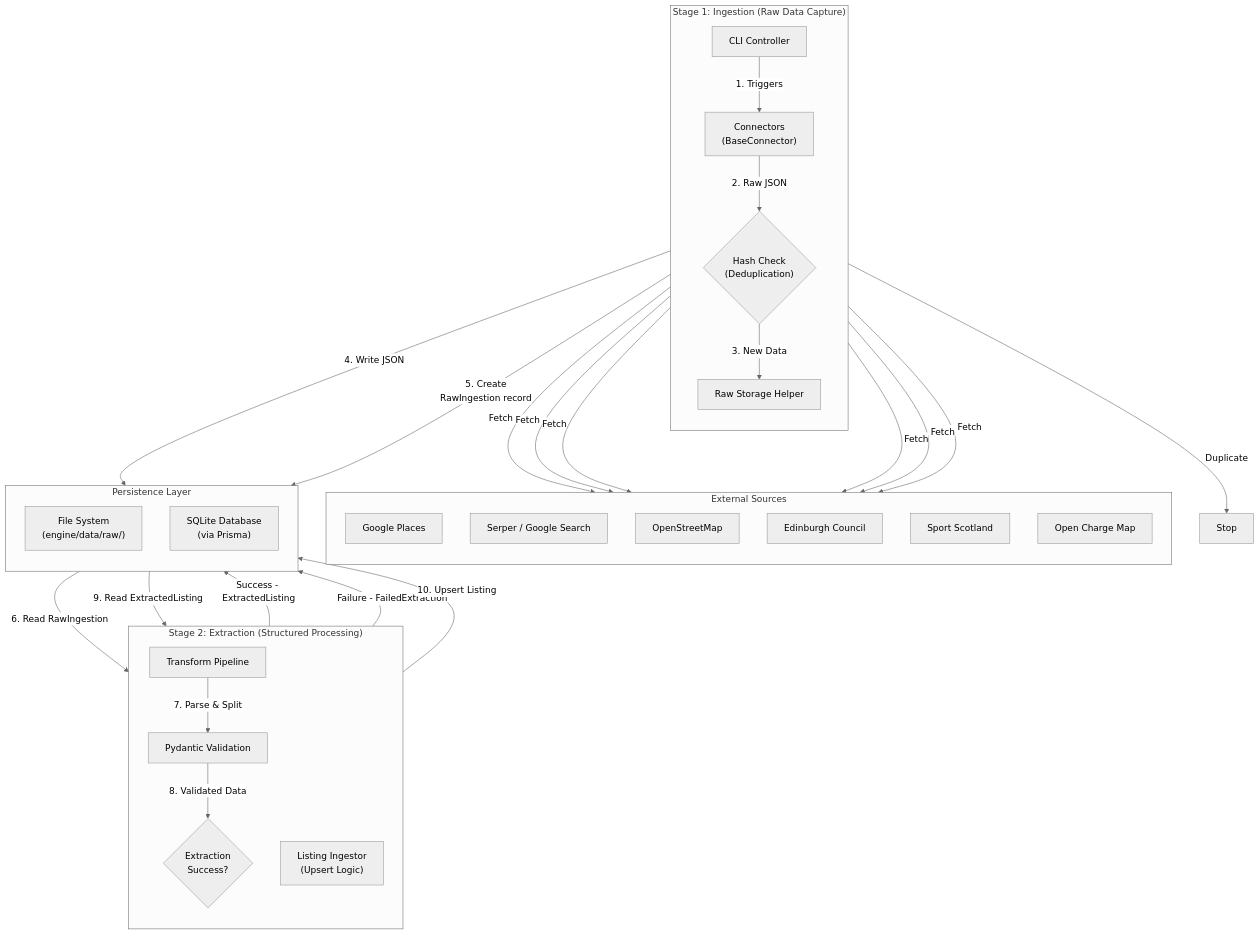
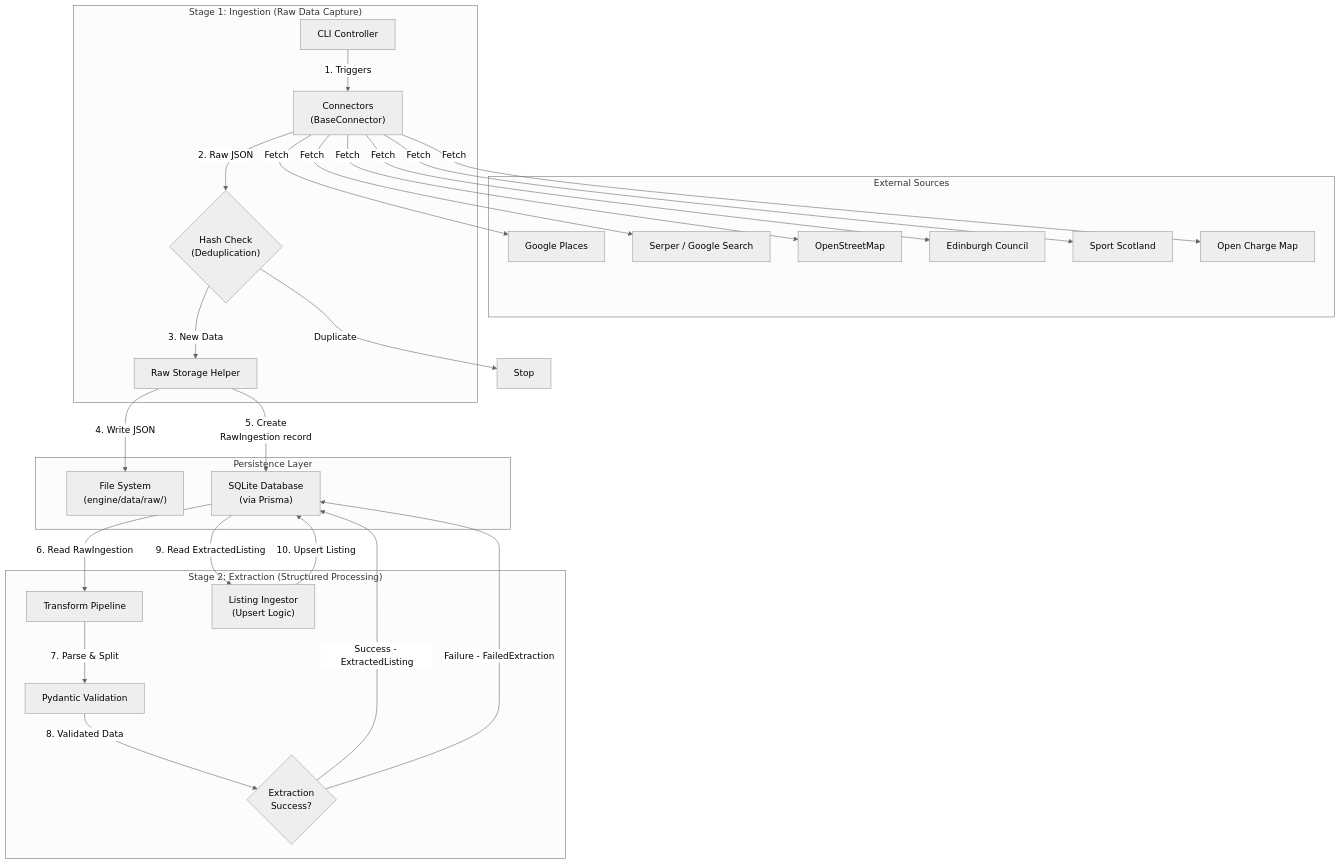
Before and after one commit to LarjGit/edinburgh-finds: the second of 3 diagrams in ARCHITECTURE.md, drawn with Mermaid (neutral theme).

Commit message:
fix(docs): remove direction TD from subgraphs in extraction diagram
GitHub's Mermaid renderer doesn't support 'direction TD' inside
subgraphs when using 'graph TD'. Subgraphs inherit direction from
parent graph automatically.

Removed 4 occurrences causing parse errors.

````diff
--- a/ARCHITECTURE.md
+++ b/ARCHITECTURE.md
@@ -206,60 +206,56 @@
 ```mermaid
 graph TD
     subgraph ExternalSources["External Sources"]
-        direction TD
         Google["Google Places"]
         Serper["Serper / Google Search"]
         OSM["OpenStreetMap"]
         Council["Edinburgh Council"]
         SportScot["Sport Scotland"]
         OCM["Open Charge Map"]
     end
 
     subgraph Stage1["Stage 1: Ingestion (Raw Data Capture)"]
-        direction TD
         CLI["CLI Controller"]
         Connectors["Connectors<br/>(BaseConnector)"]
         HashCheck{"Hash Check<br/>(Deduplication)"}
         RawStore["Raw Storage Helper"]
     end
 
     subgraph Stage2["Stage 2: Extraction (Structured Processing)"]
-        direction TD
         Transform["Transform Pipeline"]
         Validate["Pydantic Validation"]
         ExtractTrack{"Extraction<br/>Success?"}
         Ingestor["Listing Ingestor<br/>(Upsert Logic)"]
     end
 
     subgraph PersistenceLayer["Persistence Layer"]
-        direction TD
         FileSystem["File System<br/>(engine/data/raw/)"]
         Database["SQLite Database<br/>(via Prisma)"]
     end
 
     CLI -->|"1. Triggers"| Connectors
 
     Connectors -->|"Fetch"| Google
     Connectors -->|"Fetch"| Serper
     Connectors -->|"Fetch"| OSM
     Connectors -->|"Fetch"| Council
     Connectors -->|"Fetch"| SportScot
     Connectors -->|"Fetch"| OCM
 
     Connectors -->|"2. Raw JSON"| HashCheck
     HashCheck -->|"Duplicate"| Stop["Stop"]
     HashCheck -->|"3. New Data"| RawStore
 
     RawStore -->|"4. Write JSON"| FileSystem
     RawStore -->|"5. Create<br/>RawIngestion record"| Database
 
     Database -->|"6. Read RawIngestion"| Transform
     Transform -->|"7. Parse & Split"| Validate
     Validate -->|"8. Validated Data"| ExtractTrack
 
     ExtractTrack -->|"Success - ExtractedListing"| Database
     ExtractTrack -->|"Failure - FailedExtraction"| Database
 
     Database -->|"9. Read ExtractedListing"| Ingestor
     Ingestor -->|"10. Upsert Listing"| Database
 ```
````
